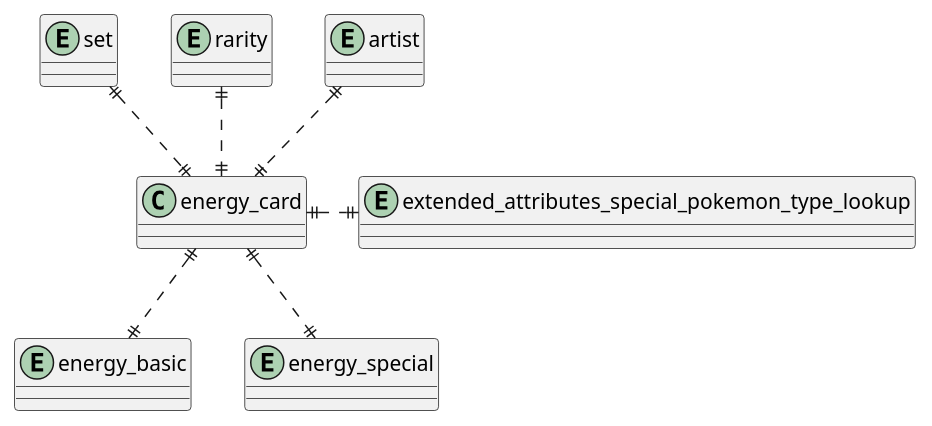
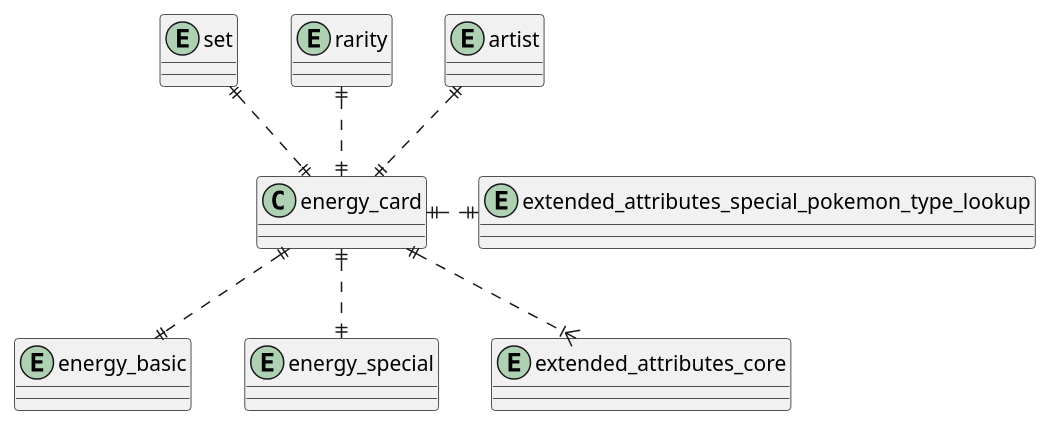
Before and after one commit to pkgreen90/pokemon-tcg-data: the diagram in schema/entity_relationship_diagrams/enery-card-relationships.puml, drawn with PlantUML. The commit also changed 13 other files, not shown here.

Commit message:
Updated puml diagrams, trainer and energy cards. Added missing type attributes.

```diff
--- a/schema/entity_relationship_diagrams/enery-card-relationships.puml
+++ b/schema/entity_relationship_diagrams/enery-card-relationships.puml
@@ -1,17 +1,19 @@
 @startuml energy-card-relationships
 
 entity "artist" as artist {}
 entity "energy_basic" as energy_basic {}
 entity "energy_special" as energy_special {}
+entity "extended_attributes_core" as extended_attributes_core {}
 entity "extended_attributes_special_pokemon_type_lookup" as extended_attributes_special_pokemon_type_lookup {}
 entity "rarity" as rarity {}
 entity "set" as set {}
 
 energy_card ||..up|| artist
 energy_card ||..|| energy_basic
 energy_card ||..|| energy_special
+energy_card ||..|{ extended_attributes_core
 energy_card ||..right|| extended_attributes_special_pokemon_type_lookup
 energy_card ||..up|| rarity
 energy_card ||..up|| set
 
 @enduml
```
